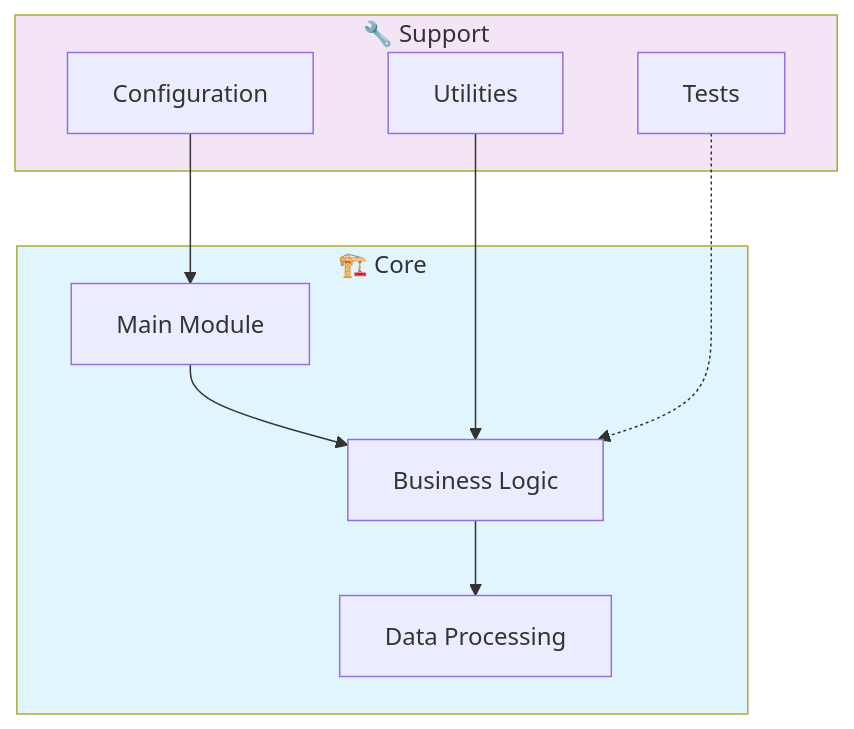
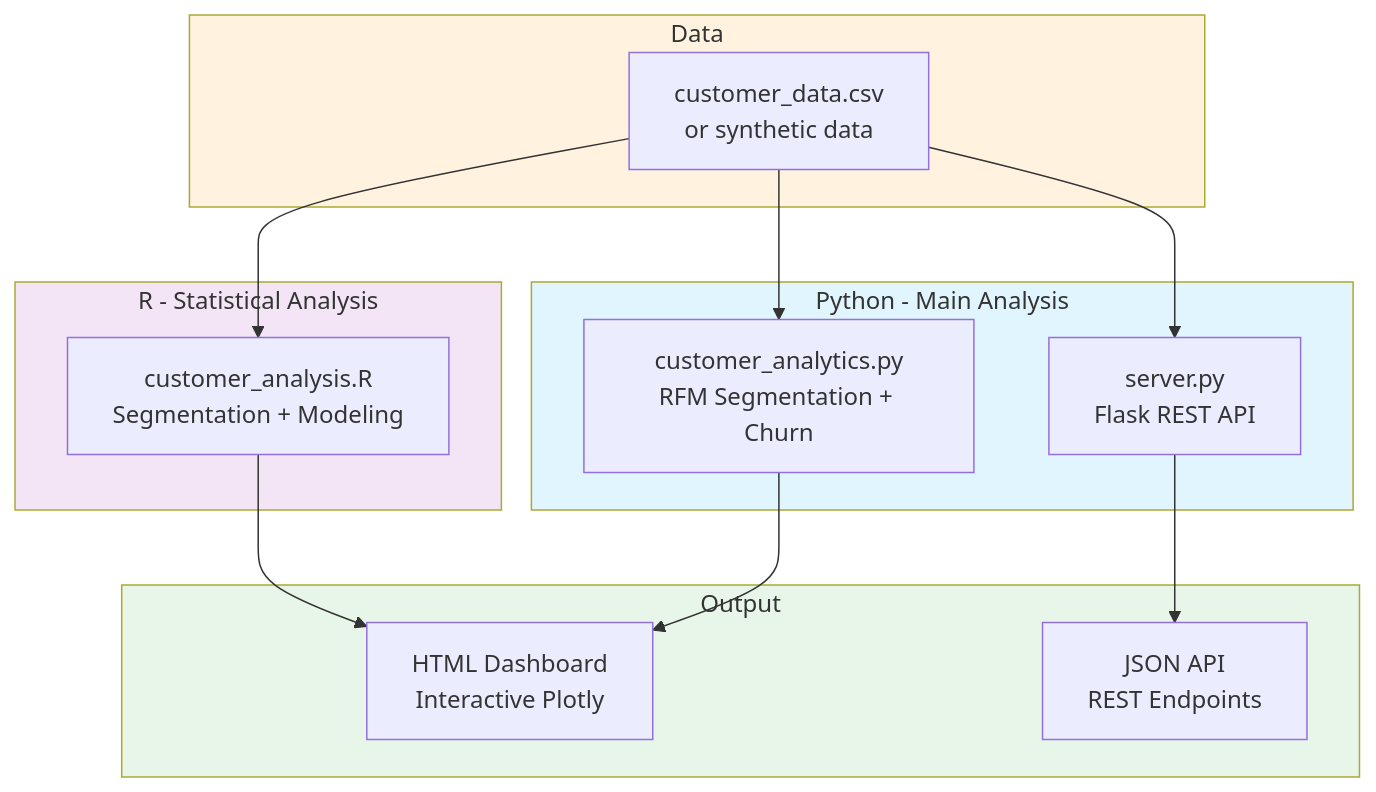
Before and after one commit to galafis/Customer-Behavior-Analytics: the second of 2 diagrams in README.md, drawn with Mermaid. The commit also changed other lines of this file and 13 other files, not shown here.

````diff
--- a/README.md
+++ b/README.md
@@ -193,22 +128,32 @@
 ```mermaid
 graph TB
-    subgraph Core["🏗️ Core"]
-        A[Main Module]
-        B[Business Logic]
-        C[Data Processing]
+    subgraph Python["Python - Main Analysis"]
+        CA[customer_analytics.py<br/>RFM Segmentation + Churn]
+        SRV[server.py<br/>Flask REST API]
     end
-    
-    subgraph Support["🔧 Support"]
-        D[Configuration]
-        E[Utilities]
-        F[Tests]
+
+    subgraph R["R - Statistical Analysis"]
+        CR[customer_analysis.R<br/>Segmentation + Modeling]
     end
-    
-    A --> B --> C
-    D --> A
-    E --> B
-    F -.-> B
-    
-    style Core fill:#e1f5fe
-    style Support fill:#f3e5f5
+
+    subgraph Data["Data"]
+        CSV[customer_data.csv<br/>or synthetic data]
+    end
+
+    subgraph Output["Output"]
+        DASH[HTML Dashboard<br/>Interactive Plotly]
+        API[JSON API<br/>REST Endpoints]
+    end
+
+    CSV --> CA
+    CSV --> SRV
+    CSV --> CR
+    CA --> DASH
+    SRV --> API
+    CR --> DASH
+
+    style Python fill:#e1f5fe
+    style R fill:#f3e5f5
+    style Data fill:#fff3e0
+    style Output fill:#e8f5e9
 ```
````
